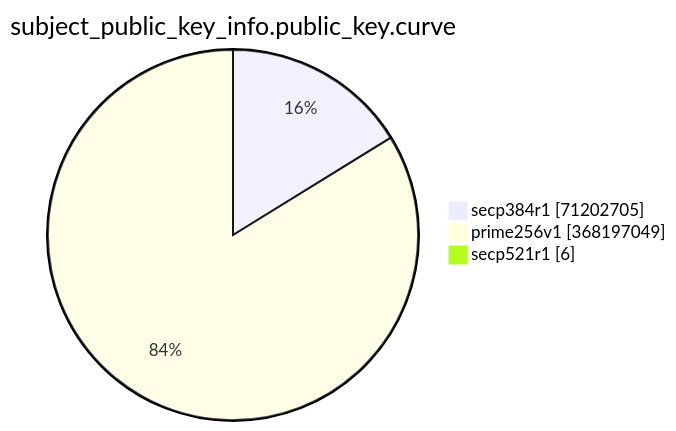
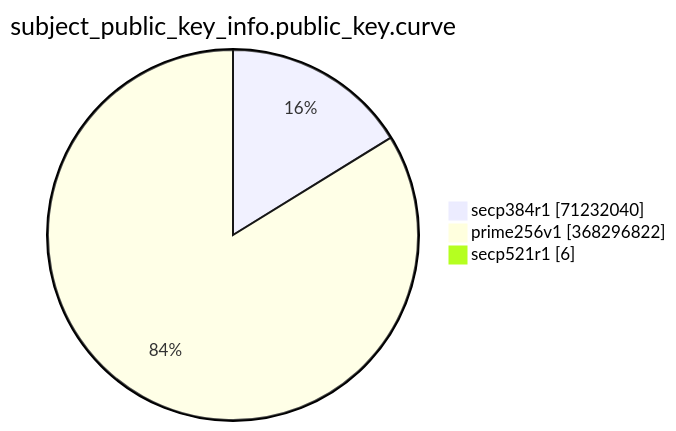
Before and after one commit to christiankrug/ctmonitor_visualization: the eighth of 15 diagrams in TOTAL/README.md, drawn with Mermaid. The commit also changed other lines of this file, not shown here.

````diff
--- a/TOTAL/README.md
+++ b/TOTAL/README.md
@@ -3092,7 +3092,7 @@
 ```mermaid
 pie showData
 title subject_public_key_info.public_key.curve
-"secp384r1" :71202705
-"prime256v1" :368197049
+"secp384r1" :71232040
+"prime256v1" :368296822
 "secp521r1" :6
 ```
````
